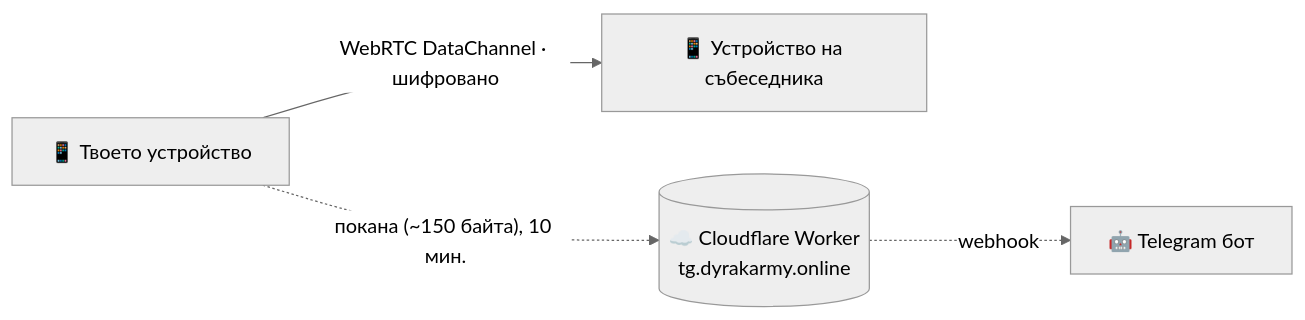
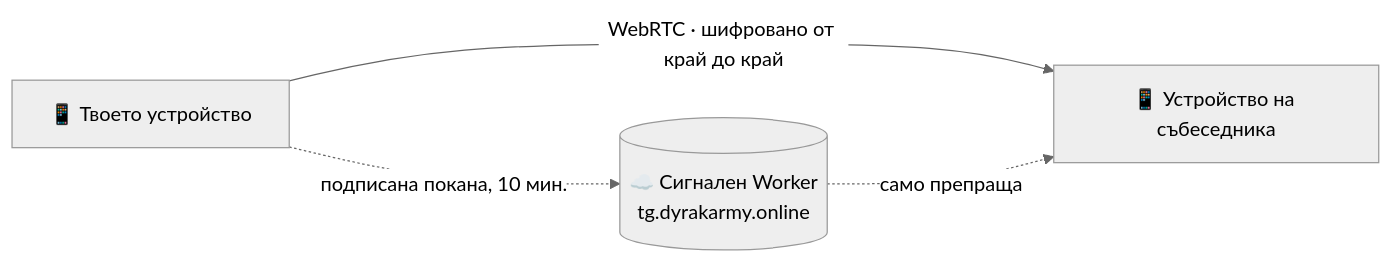
Before and after one commit to biramentv-ux/p2p-pure: the first of 2 diagrams in README.md, drawn with Mermaid (neutral theme). The commit also changed other lines of this file and 6 other files, not shown here.

````diff
--- a/README.md
+++ b/README.md
@@ -50,6 +52,6 @@
 ```mermaid
 flowchart LR
-  A["📱 Твоето устройство"] -- "WebRTC DataChannel · шифровано" --> B["📱 Устройство на събеседника"]
-  A -. "покана (~150 байта), 10 мин." .-> W[("☁️ Cloudflare Worker<br/>tg.dyrakarmy.online")]
-  W -. "webhook" .-> T["🤖 Telegram бот"]
+  A["📱 Твоето устройство"] -- "WebRTC · шифровано от край до край" --> B["📱 Устройство на събеседника"]
+  A -. "подписана покана, 10 мин." .-> W[("☁️ Сигнален Worker<br/>tg.dyrakarmy.online")]
+  W -. "само препраща" .-> B
 ```
````
